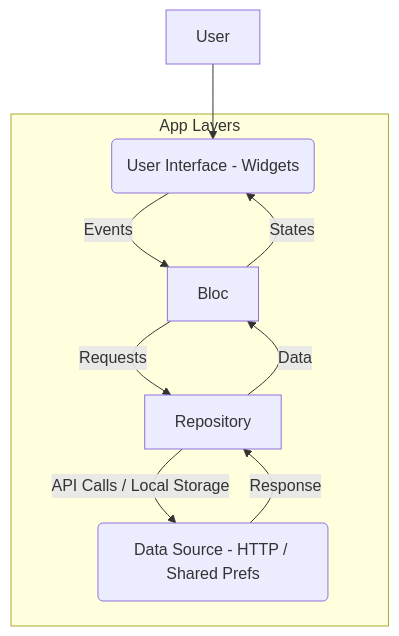
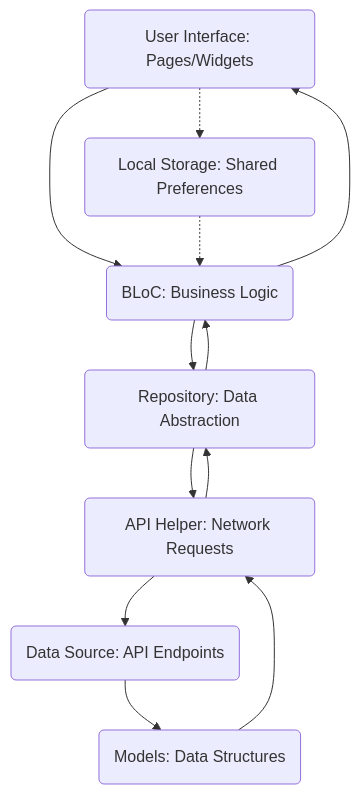
The diagram in README.md (cybersleuth0/FlutterEcom), drawn with Mermaid before and after one commit. The commit also changed other lines of this file, not shown here.

````diff
--- a/README.md
+++ b/README.md
@@ -22,17 +27,14 @@
 ```mermaid
 graph TD
-    User --> UI(User Interface - Widgets);
-    UI -- Events --> Bloc;
-    Bloc -- States --> UI;
-    Bloc -- Requests --> Repository;
-    Repository -- Data --> Bloc;
-    Repository -- API Calls / Local Storage --> DataSource(Data Source - HTTP / Shared Prefs);
-    DataSource -- Response --> Repository;
-
-    subgraph App Layers
-        UI
-        Bloc
-        Repository
-        DataSource
-    end
+    UI(User Interface: Pages/Widgets) --> B(BLoC: Business Logic);
+    B --> R(Repository: Data Abstraction);
+    R --> APIH(API Helper: Network Requests);
+    APIH --> DS(Data Source: API Endpoints);
+    DS --> M(Models: Data Structures);
+    M --> APIH;
+    APIH --> R;
+    R --> B;
+    B --> UI;
+    UI -.-> LS(Local Storage: Shared Preferences);
+    LS -.-> B;
 ```
````
